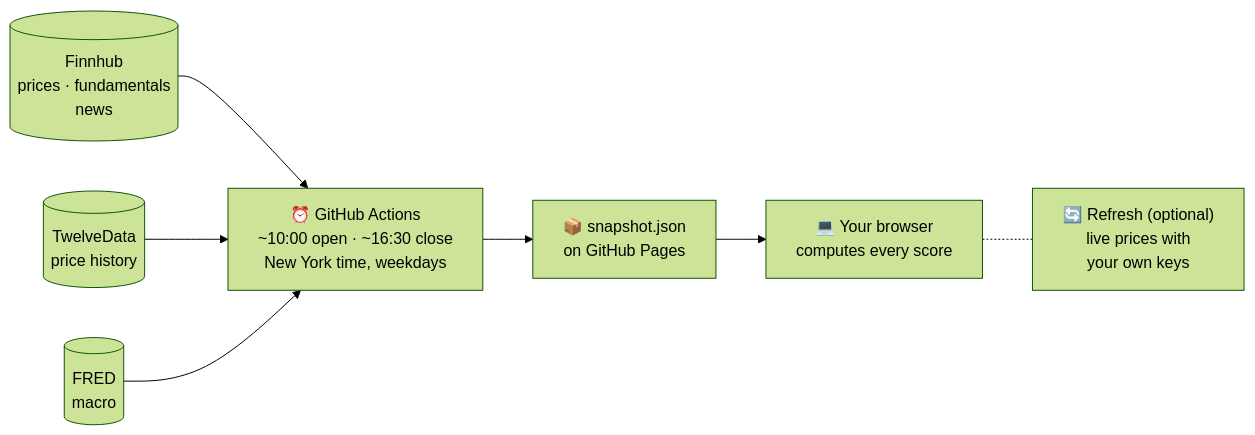
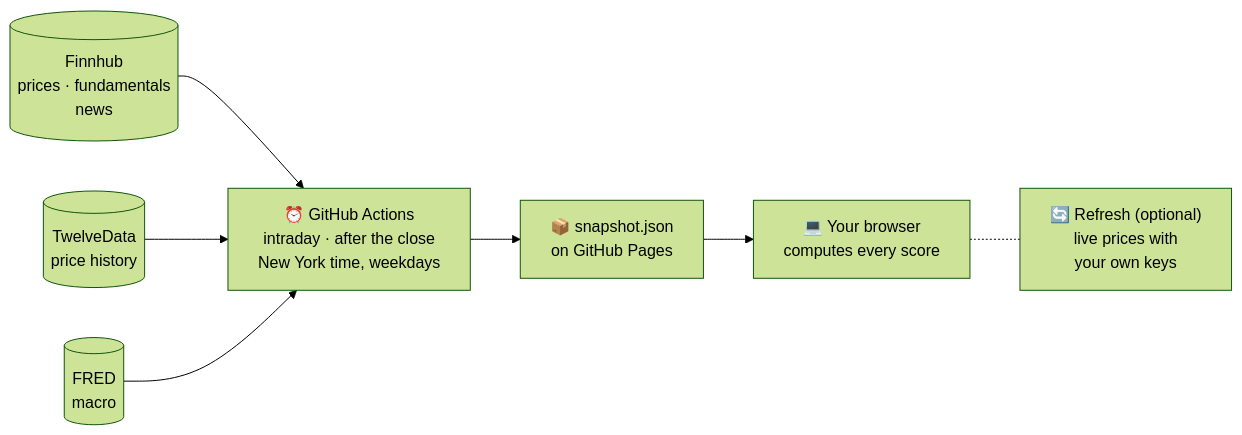
Before and after one commit to hutuleac/Stock_Anaysis_Dashboard: the first of 2 diagrams in README.md, drawn with Mermaid (forest theme). The commit also changed 8 other files, not shown here.

````diff
--- a/README.md
+++ b/README.md
@@ -77,16 +77,16 @@
 ```mermaid
 flowchart LR
     FH[("Finnhub<br/>prices · fundamentals<br/>news")]
     TD[("TwelveData<br/>price history")]
     FR[("FRED<br/>macro")]
-    JOB["⏰ GitHub Actions<br/>~10:00 open · ~16:30 close<br/>New York time, weekdays"]
+    JOB["⏰ GitHub Actions<br/>intraday · after the close<br/>New York time, weekdays"]
     SNAP["📦 snapshot.json<br/>on GitHub Pages"]
     YOU["💻 Your browser<br/>computes every score"]
     REF["🔄 Refresh (optional)<br/>live prices with<br/>your own keys"]
 
     FH --> JOB
     TD --> JOB
     FR --> JOB
     JOB --> SNAP --> YOU
     YOU -.- REF
 ```
````
